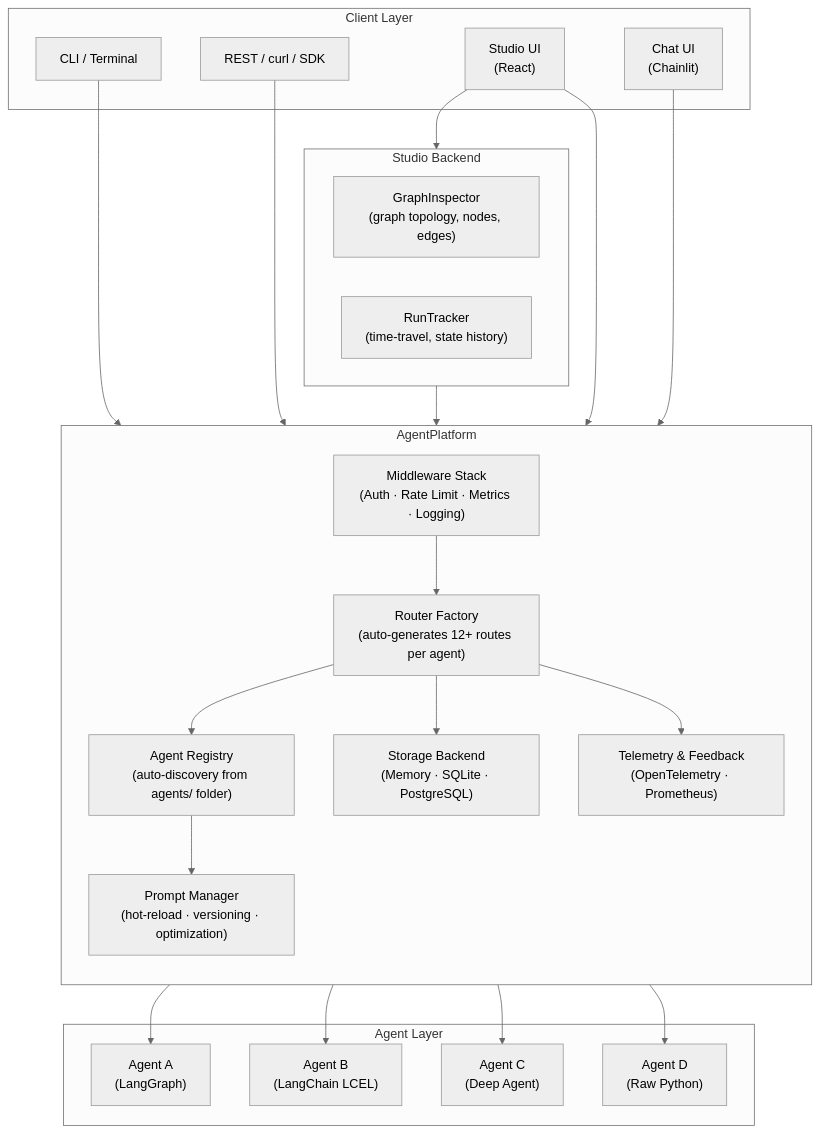
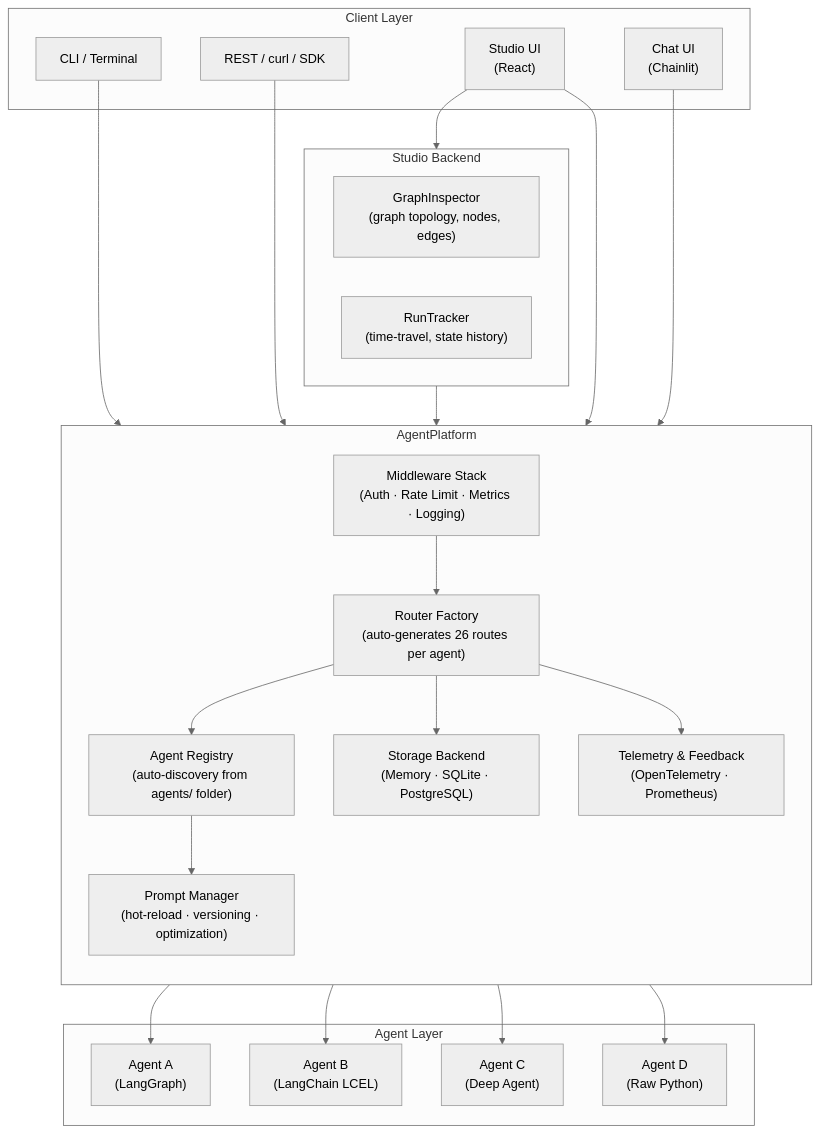
The diagram in docs/index.md (UnicoLab/agentomatic), drawn with Mermaid (neutral theme) before and after one commit. The commit also changed other lines of this file and 27 other files, not shown here.

````diff
--- a/docs/index.md
+++ b/docs/index.md
@@ -180,47 +180,47 @@
 ```mermaid
 graph TB
     subgraph Clients["Client Layer"]
         CLI["CLI / Terminal"]
         REST["REST / curl / SDK"]
         STUDIO["Studio UI<br/>(React)"]
         CHAT["Chat UI<br/>(Chainlit)"]
     end
 
     subgraph Platform["AgentPlatform"]
         direction TB
         MW["Middleware Stack<br/>(Auth · Rate Limit · Metrics · Logging)"]
-        RF["Router Factory<br/>(auto-generates 12+ routes per agent)"]
+        RF["Router Factory<br/>(auto-generates 26 routes per agent)"]
         REG["Agent Registry<br/>(auto-discovery from agents/ folder)"]
         PM["Prompt Manager<br/>(hot-reload · versioning · optimization)"]
         STORE["Storage Backend<br/>(Memory · SQLite · PostgreSQL)"]
         TEL["Telemetry & Feedback<br/>(OpenTelemetry · Prometheus)"]
     end
 
     subgraph Agents["Agent Layer"]
         A1["Agent A<br/>(LangGraph)"]
         A2["Agent B<br/>(LangChain LCEL)"]
         A3["Agent C<br/>(Deep Agent)"]
         A4["Agent D<br/>(Raw Python)"]
     end
 
     subgraph StudioBackend["Studio Backend"]
         GI["GraphInspector<br/>(graph topology, nodes, edges)"]
         RT["RunTracker<br/>(time-travel, state history)"]
     end
 
     CLI --> MW
     REST --> MW
     STUDIO --> MW
     CHAT --> MW
     MW --> RF
     RF --> REG
     REG --> A1
     REG --> A2
     REG --> A3
     REG --> A4
     RF --> STORE
     RF --> TEL
     REG --> PM
     STUDIO --> StudioBackend
     StudioBackend --> REG
 ```
````
